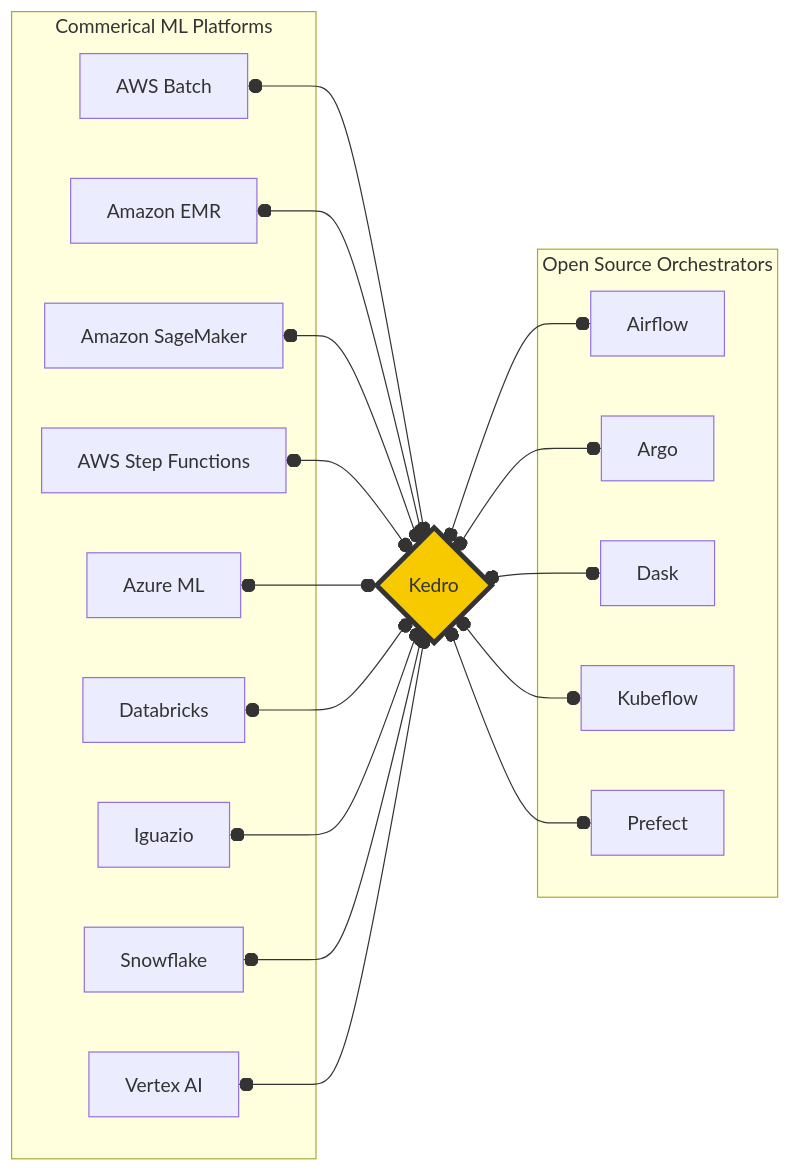
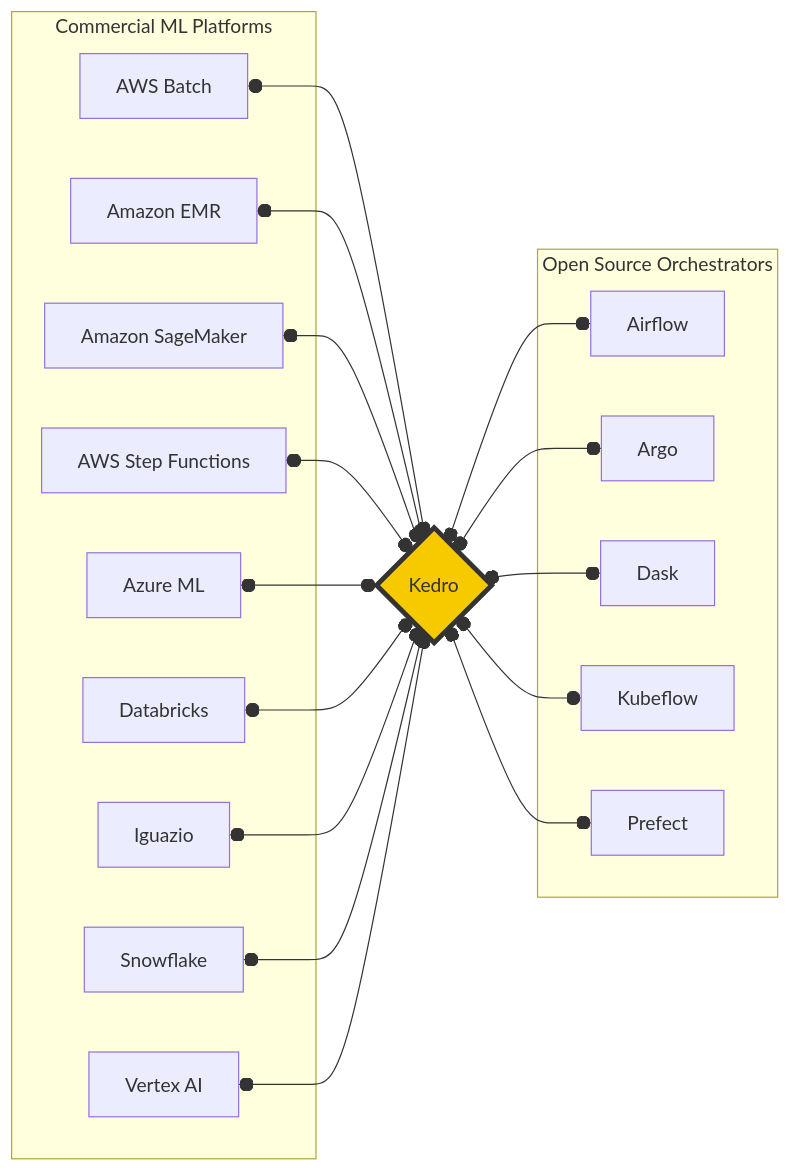
One commit to galenseilis/blog changed the fourth of 5 diagrams in posts/kedro-videos-tutorial/index.qmd. Above: the diagram before and after it, drawn with Mermaid. The commit also changed other lines of this file and 28 other files, not shown here.

````diff
--- a/posts/kedro-videos-tutorial/index.qmd
+++ b/posts/kedro-videos-tutorial/index.qmd
@@ -214,41 +214,41 @@
 ```{mermaid}
 flowchart LR
     0{Kedro}
 	style 0 fill:#F7CA00,stroke:#333,stroke-width:4px
 
-	subgraph "Commerical ML Platforms"
+	subgraph "Commercial ML Platforms"
 		1[AWS Batch]
 		2[Amazon EMR]
 		3[Amazon SageMaker]
 		4[AWS Step Functions]
 		5[Azure ML]
 		Databricks
 		Iguazio
 		Snowflake
 		6[Vertex AI]
 	end
 
 	1[AWS Batch] o--o 0
 	2[Amazon EMR] o--o 0
 	3[Amazon SageMaker] o--o 0
 	4[AWS Step Functions] o--o 0
 	5[Azure ML] o--o 0
 	Databricks o--o 0
 	Iguazio o--o 0
 	Snowflake o--o 0
 	6[Vertex AI] o--o 0
 
 	subgraph "Open Source Orchestrators"
 		Airflow
 		Argo
 		Dask
 		Kubeflow
 		Prefect
 	end
 
 	0 o--o Airflow
 	0 o--o Argo
 	0 o--o Dask
 	0 o--o Kubeflow
 	0 o--o Prefect
 ```
````
